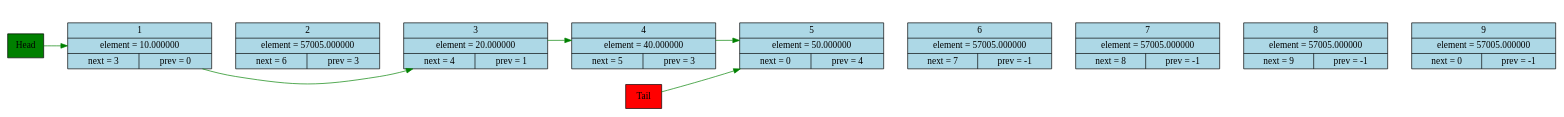
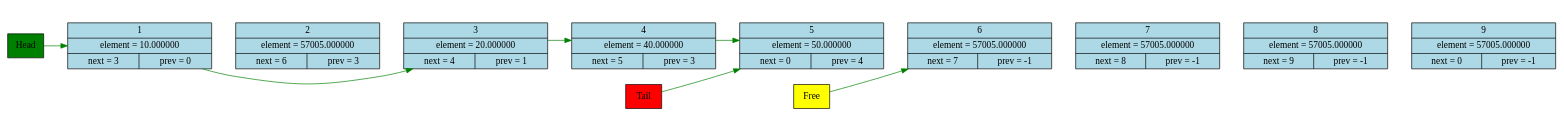
The diagram in log/graphviz_file.dot (evanvd/List), drawn with Graphviz before and after one commit. The commit also changed 17 other files, not shown here.

```diff
--- a/log/graphviz_file.dot
+++ b/log/graphviz_file.dot
@@ -1,22 +1,24 @@
 digraph {
 
 HEAD [shape = record, label = "Head", style =  filled, fillcolor = "green"];
 TAIL [shape = record, label = "Tail", style =  filled, fillcolor = "red"];
+Free [shape = record, label = "Free", style =  filled, fillcolor = "yellow"];
 rankdir=LR;
  ranksep=0.5;
  nodesep = 0.3;node1 [shape=record,label=" 1 |element =  10.000000 |{<f0> next = 3  | prev  = 0}", style=filled, fillcolor=lightblue, width=3, height=0.8];
 node2 [shape=record,label=" 2 |element =  57005.000000 |{<f0> next = 6  | prev  = 3}",  style=filled, fillcolor=lightblue, width=3, height=0.8];
 node3 [shape=record,label=" 3 |element =  20.000000    |{<f0> next = 4  | prev  = 1}",  style=filled, fillcolor=lightblue, width=3, height=0.8];
 node4 [shape=record,label=" 4 |element =  40.000000    |{<f0> next = 5  | prev  = 3}",  style=filled, fillcolor=lightblue, width=3, height=0.8];
 node5 [shape=record,label=" 5 |element =  50.000000    |{<f0> next = 0  | prev  = 4}",  style=filled, fillcolor=lightblue, width=3, height=0.8];
 node6 [shape=record,label=" 6 |element =  57005.000000 |{<f0> next = 7  | prev  = -1}", style=filled, fillcolor=lightblue, width=3, height=0.8];
 node7 [shape=record,label=" 7 |element =  57005.000000 |{<f0> next = 8  | prev  = -1}", style=filled, fillcolor=lightblue, width=3, height=0.8];
 node8 [shape=record,label=" 8 |element =  57005.000000 |{<f0> next = 9  | prev  = -1}", style=filled, fillcolor=lightblue, width=3, height=0.8];
 node9 [shape=record,label=" 9 |element =  57005.000000 |{<f0> next = 0  | prev  = -1}", style=filled, fillcolor=lightblue, width=3, height=0.8];
 node1->node1->node2->node3->node4->node5->node6->node7->node8->node9
 [style=invis, weight=100];
 edge [color=green, penwidth=1, arrowhead = normal];
 node1->node3->node4->node5;
 HEAD->node1
 TAIL->node5
+Free->node6
 }
```
